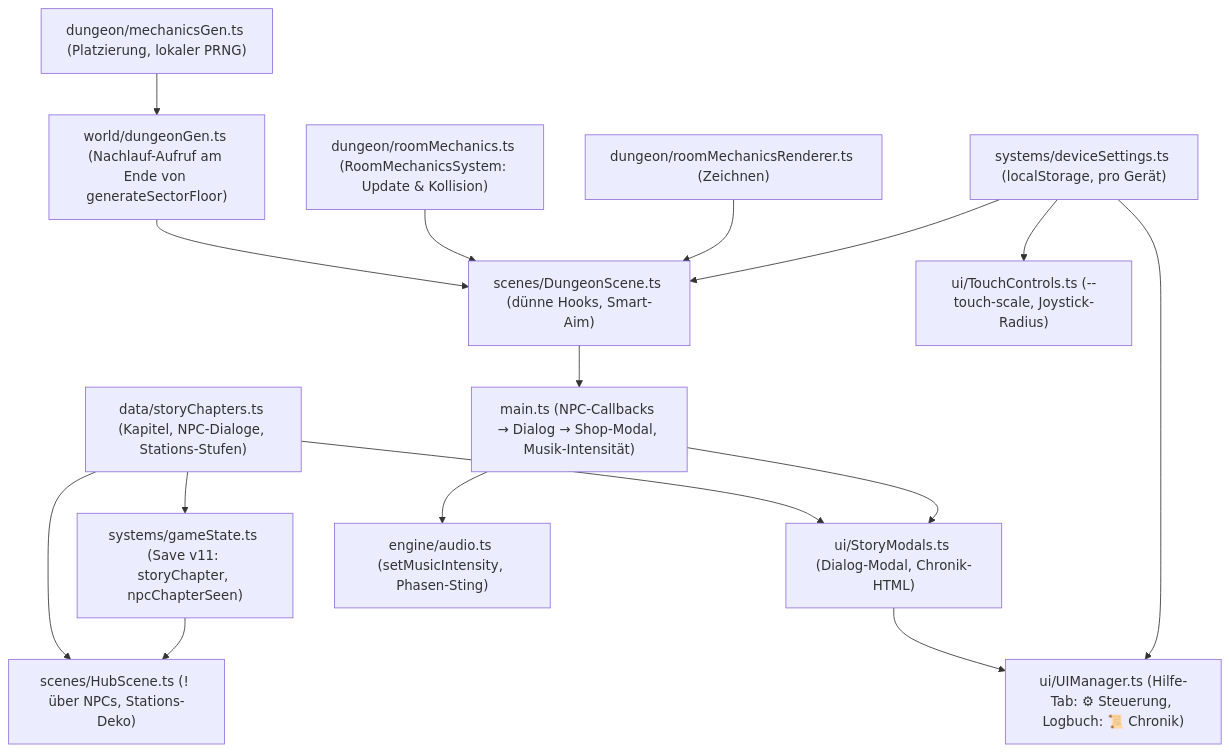
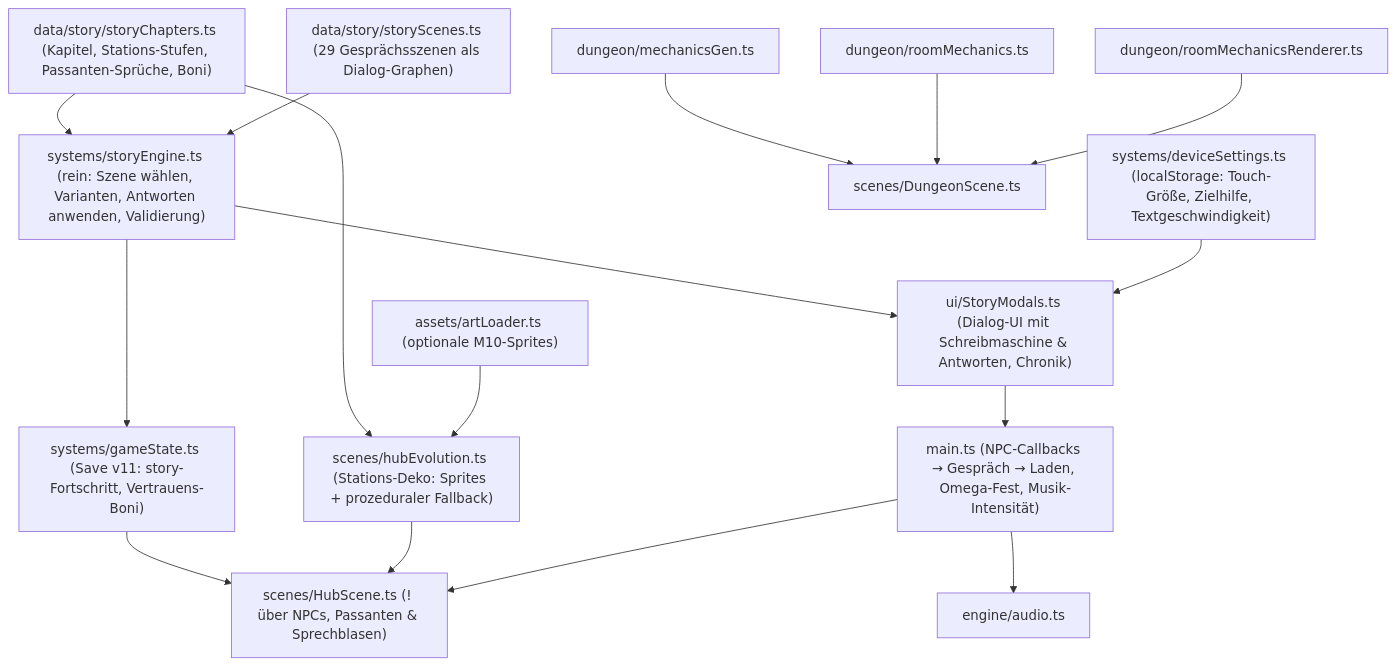
Before and after one commit to lucabose80-cmd/Space-Game: the diagram in MILESTONE_10_ARCHITECTURE.md, drawn with Mermaid. The commit also changed other lines of this file and 1 other file, not shown here.

First line of the commit message:
docs(m10): expand plan — branching story with trust/flags, living Port Solaris & optional sprite pack

````diff
--- a/MILESTONE_10_ARCHITECTURE.md
+++ b/MILESTONE_10_ARCHITECTURE.md
@@ -46,33 +56,34 @@
 ```mermaid
 flowchart TD
-    Story["data/storyChapters.ts (Kapitel, NPC-Dialoge, Stations-Stufen)"]
-    GS["systems/gameState.ts (Save v11: storyChapter, npcChapterSeen)"]
-    Dev["systems/deviceSettings.ts (localStorage, pro Gerät)"]
-    SM["ui/StoryModals.ts (Dialog-Modal, Chronik-HTML)"]
-    Hub["scenes/HubScene.ts (! über NPCs, Stations-Deko)"]
-    Main["main.ts (NPC-Callbacks → Dialog → Shop-Modal, Musik-Intensität)"]
-    MGen["dungeon/mechanicsGen.ts (Platzierung, lokaler PRNG)"]
-    Gen["world/dungeonGen.ts (Nachlauf-Aufruf am Ende von generateSectorFloor)"]
-    MRun["dungeon/roomMechanics.ts (RoomMechanicsSystem: Update & Kollision)"]
-    MRen["dungeon/roomMechanicsRenderer.ts (Zeichnen)"]
-    Dng["scenes/DungeonScene.ts (dünne Hooks, Smart-Aim)"]
-    Audio["engine/audio.ts (setMusicIntensity, Phasen-Sting)"]
-    Touch["ui/TouchControls.ts (--touch-scale, Joystick-Radius)"]
-    UI["ui/UIManager.ts (Hilfe-Tab: ⚙ Steuerung, Logbuch: 📜 Chronik)"]
+    Bible["data/story/storyChapters.ts (Kapitel, Stations-Stufen, Passanten-Sprüche, Boni)"]
+    Scenes["data/story/storyScenes.ts (29 Gesprächsszenen als Dialog-Graphen)"]
+    Engine["systems/storyEngine.ts (rein: Szene wählen, Varianten, Antworten anwenden, Validierung)"]
+    GS["systems/gameState.ts (Save v11: story-Fortschritt, Vertrauens-Boni)"]
+    Dev["systems/deviceSettings.ts (localStorage: Touch-Größe, Zielhilfe, Textgeschwindigkeit)"]
+    SM["ui/StoryModals.ts (Dialog-UI mit Schreibmaschine & Antworten, Chronik)"]
+    Hub["scenes/HubScene.ts (! über NPCs, Passanten & Sprechblasen)"]
+    Evo["scenes/hubEvolution.ts (Stations-Deko: Sprites + prozeduraler Fallback)"]
+    Art["assets/artLoader.ts (optionale M10-Sprites)"]
+    Main["main.ts (NPC-Callbacks → Gespräch → Laden, Omega-Fest, Musik-Intensität)"]
+    MGen["dungeon/mechanicsGen.ts"]
+    MRun["dungeon/roomMechanics.ts"]
+    MRen["dungeon/roomMechanicsRenderer.ts"]
+    Dng["scenes/DungeonScene.ts"]
+    Audio["engine/audio.ts"]
 
-    Story --> GS
-    Story --> SM
-    Story --> Hub
+    Bible --> Engine
+    Scenes --> Engine
+    Engine --> GS
+    Engine --> SM
     GS --> Hub
-    SM --> UI
-    Main --> SM
-    MGen --> Gen
-    Gen --> Dng
+    Bible --> Evo
+    Art --> Evo
+    Evo --> Hub
+    SM --> Main
+    Dev --> SM
+    Main --> Hub
+    MGen --> Dng
     MRun --> Dng
     MRen --> Dng
-    Dev --> Touch
-    Dev --> Dng
-    Dev --> UI
     Main --> Audio
-    Dng --> Main
 ```
````
